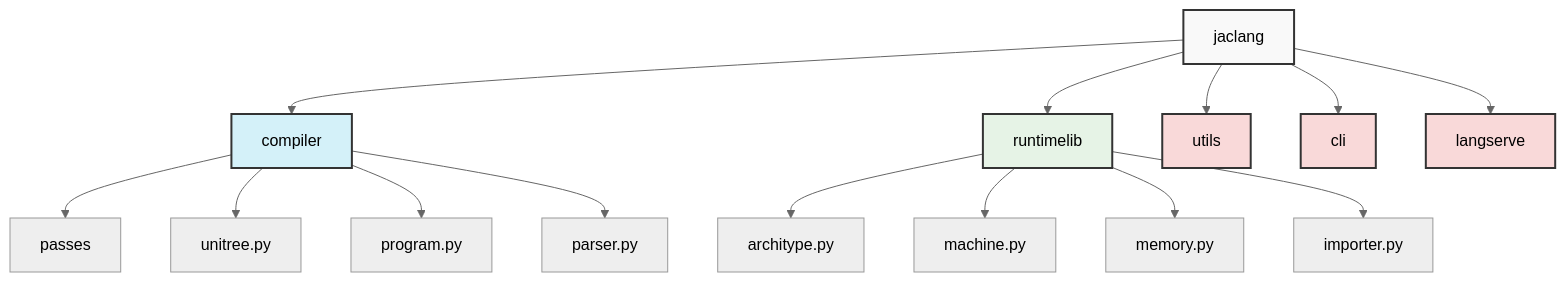
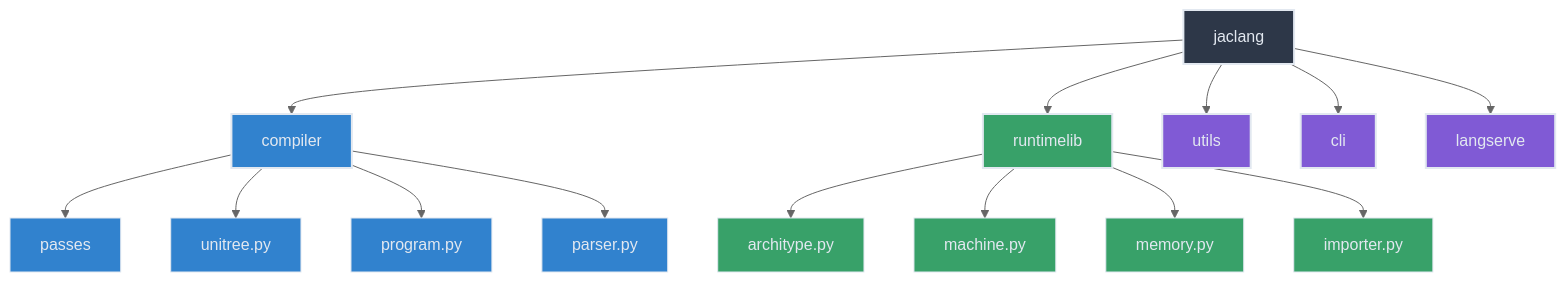
One commit to Jaseci-Labs/jaseci changed diagram 12 of 13 in jac/support/jac-lang.org/docs/for_contributors/internals.md. Above: the diagram before and after it, drawn with Mermaid (neutral theme). The commit also changed other lines of this file, not shown here.

````diff
--- a/jac/support/jac-lang.org/docs/for_contributors/internals.md
+++ b/jac/support/jac-lang.org/docs/for_contributors/internals.md
@@ -731,25 +731,33 @@
 ```mermaid
 graph TD
     A[jaclang] --> B[compiler]
     A --> C[runtimelib]
     A --> D[utils]
     A --> E[cli]
     A --> F[langserve]
 
     B --> B1[passes]
     B --> B2[unitree.py]
     B --> B3[program.py]
     B --> B4[parser.py]
 
     C --> C1[architype.py]
     C --> C2[machine.py]
     C --> C3[memory.py]
     C --> C4[importer.py]
 
-    style A fill:#f9f9f9,stroke:#333,stroke-width:2px
-    style B fill:#d4f1f9,stroke:#333,stroke-width:2px
-    style C fill:#e6f3e6,stroke:#333,stroke-width:2px
-    style D fill:#f9d9d9,stroke:#333,stroke-width:2px
-    style E fill:#f9d9d9,stroke:#333,stroke-width:2px
-    style F fill:#f9d9d9,stroke:#333,stroke-width:2px
+    style A fill:#2d3748,stroke:#e2e8f0,stroke-width:2px,color:#e2e8f0
+    style B fill:#3182ce,stroke:#e2e8f0,stroke-width:2px,color:#e2e8f0
+    style C fill:#38a169,stroke:#e2e8f0,stroke-width:2px,color:#e2e8f0
+    style D fill:#805ad5,stroke:#e2e8f0,stroke-width:2px,color:#e2e8f0
+    style E fill:#805ad5,stroke:#e2e8f0,stroke-width:2px,color:#e2e8f0
+    style F fill:#805ad5,stroke:#e2e8f0,stroke-width:2px,color:#e2e8f0
+    style B1 fill:#3182ce,stroke:#e2e8f0,stroke-width:1px,color:#e2e8f0
+    style B2 fill:#3182ce,stroke:#e2e8f0,stroke-width:1px,color:#e2e8f0
+    style B3 fill:#3182ce,stroke:#e2e8f0,stroke-width:1px,color:#e2e8f0
+    style B4 fill:#3182ce,stroke:#e2e8f0,stroke-width:1px,color:#e2e8f0
+    style C1 fill:#38a169,stroke:#e2e8f0,stroke-width:1px,color:#e2e8f0
+    style C2 fill:#38a169,stroke:#e2e8f0,stroke-width:1px,color:#e2e8f0
+    style C3 fill:#38a169,stroke:#e2e8f0,stroke-width:1px,color:#e2e8f0
+    style C4 fill:#38a169,stroke:#e2e8f0,stroke-width:1px,color:#e2e8f0
 ```
````
